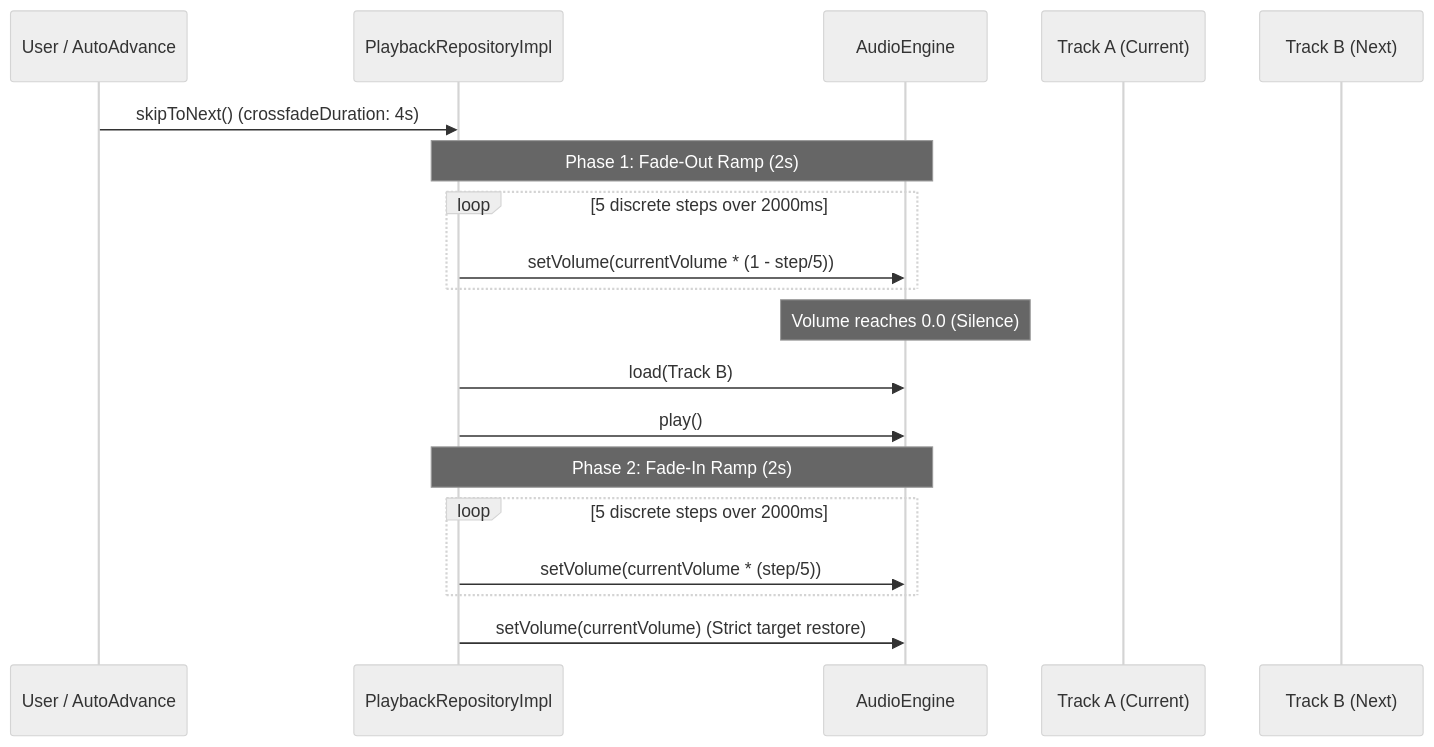
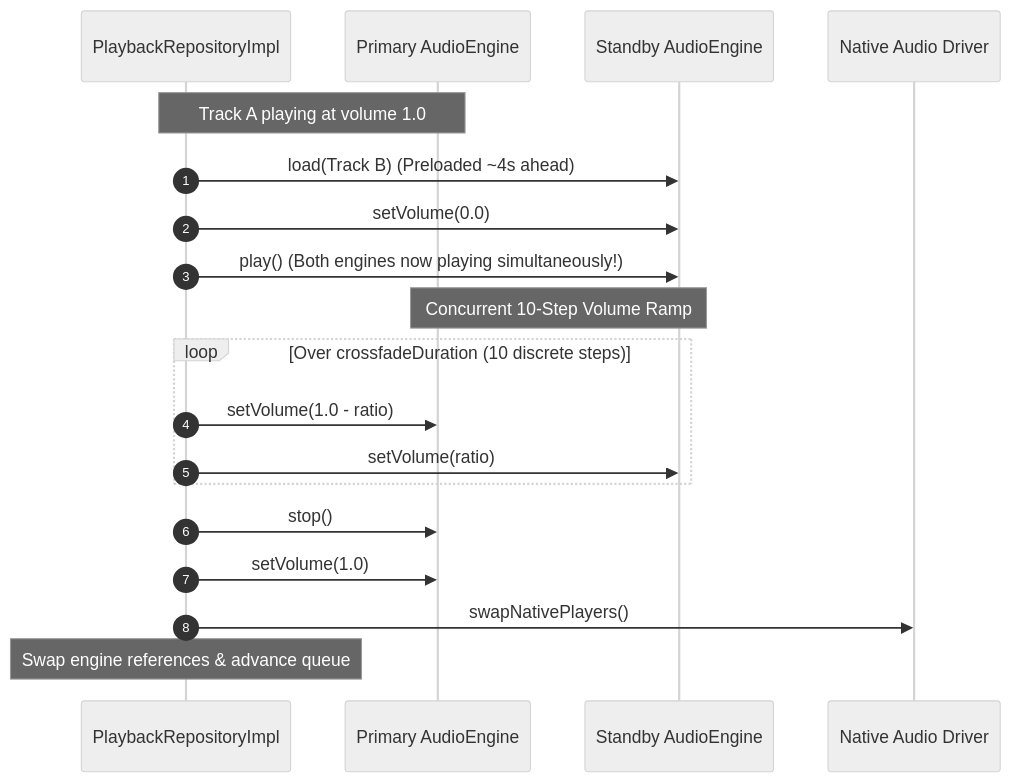
Before and after one commit to ateebanwar/UI_independent_foundation: the diagram in docs/CROSSFADE_GAPLESS_REPORT.md, drawn with Mermaid (neutral theme). The commit also changed other lines of this file and 32 other files, not shown here.

Commit message:
feat(foundation): complete dual-engine crossfade, streaming downloads, search pagination, and 20MB APK verification

````diff
--- a/docs/CROSSFADE_GAPLESS_REPORT.md
+++ b/docs/CROSSFADE_GAPLESS_REPORT.md
@@ -22,22 +28,22 @@
 ```mermaid
 sequenceDiagram
-    participant User as User / AutoAdvance
-    participant Repo as PlaybackRepositoryImpl
-    participant Engine as AudioEngine
-    participant Track1 as Track A (Current)
-    participant Track2 as Track B (Next)
+    autonumber
+    participant App as PlaybackRepositoryImpl
+    participant Primary as Primary AudioEngine
+    participant Standby as Standby AudioEngine
+    participant Native as Native Audio Driver
 
-    User->>Repo: skipToNext() (crossfadeDuration: 4s)
-    Note over Repo,Engine: Phase 1: Fade-Out Ramp (2s)
-    loop 5 discrete steps over 2000ms
-        Repo->>Engine: setVolume(currentVolume * (1 - step/5))
+    Note over App,Primary: Track A playing at volume 1.0
+    App->>Standby: load(Track B) (Preloaded ~4s ahead)
+    App->>Standby: setVolume(0.0)
+    App->>Standby: play() (Both engines now playing simultaneously!)
+    Note over Primary,Standby: Concurrent 10-Step Volume Ramp
+    loop Over crossfadeDuration (10 discrete steps)
+        App->>Primary: setVolume(1.0 - ratio)
+        App->>Standby: setVolume(ratio)
     end
-    Note over Engine: Volume reaches 0.0 (Silence)
-    Repo->>Engine: load(Track B)
-    Repo->>Engine: play()
-    Note over Repo,Engine: Phase 2: Fade-In Ramp (2s)
-    loop 5 discrete steps over 2000ms
-        Repo->>Engine: setVolume(currentVolume * (step/5))
-    end
-    Repo->>Engine: setVolume(currentVolume) (Strict target restore)
+    App->>Primary: stop()
+    App->>Primary: setVolume(1.0)
+    App->>Native: swapNativePlayers()
+    Note over App: Swap engine references & advance queue
 ```
````
